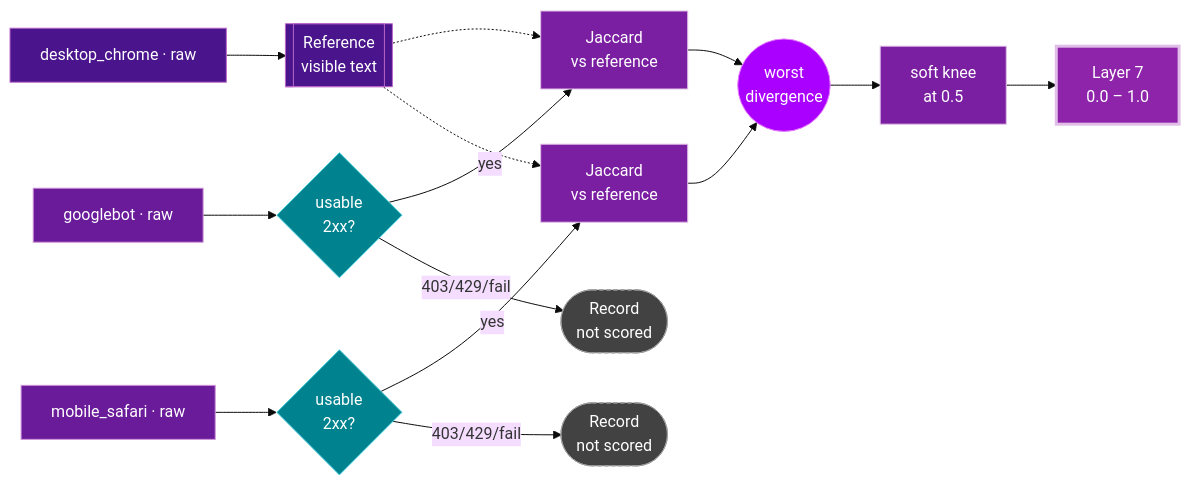
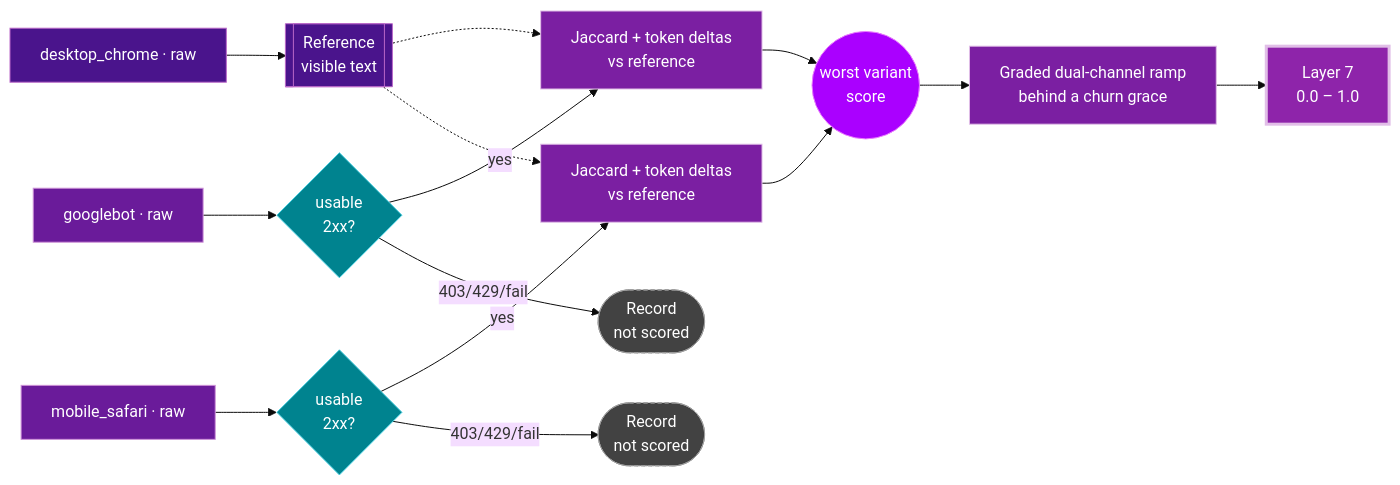
One commit to Ns81000/WARDRESS changed the diagram in docs/layers/7-cloaking.mdx. Above: the diagram before and after it, drawn with Mermaid (base theme). The commit also changed other lines of this file and 15 other files, not shown here.

````diff
--- a/docs/layers/7-cloaking.mdx
+++ b/docs/layers/7-cloaking.mdx
@@ -25,23 +25,23 @@
 ```mermaid
 flowchart LR
     REF["desktop_chrome · raw"]:::ref --> RT[["Reference<br/>visible text"]]:::ref
     GB["googlebot · raw"]:::ua --> C1{"usable<br/>2xx?"}:::gate
     MS["mobile_safari · raw"]:::ua --> C2{"usable<br/>2xx?"}:::gate
-    C1 -->|"yes"| J1["Jaccard<br/>vs reference"]:::node
-    C2 -->|"yes"| J2["Jaccard<br/>vs reference"]:::node
+    C1 -->|"yes"| J1["Jaccard + token deltas<br/>vs reference"]:::node
+    C2 -->|"yes"| J2["Jaccard + token deltas<br/>vs reference"]:::node
     C1 -->|"403/429/fail"| SKIP1(["Record<br/>not scored"]):::skip
     C2 -->|"403/429/fail"| SKIP2(["Record<br/>not scored"]):::skip
     RT -.-> J1
     RT -.-> J2
-    J1 & J2 --> WD(("worst<br/>divergence")):::pick
-    WD --> SK["soft knee<br/>at 0.5"]:::node
-    SK --> OUT["Layer 7<br/>0.0 – 1.0"]:::out
+    J1 & J2 --> WD(("worst variant<br/>score")):::pick
+    WD --> GR["Graded dual-channel ramp<br/>behind a churn grace"]:::node
+    GR --> OUT["Layer 7<br/>0.0 – 1.0"]:::out
 
     classDef ref fill:#4a148c,stroke:#ba68c8,color:#fff;
     classDef ua fill:#6a1b9a,stroke:#ce93d8,color:#fff;
     classDef gate fill:#00838f,stroke:#4dd0e1,color:#fff;
     classDef node fill:#7b1fa2,stroke:#e1bee7,color:#fff;
     classDef skip fill:#424242,stroke:#9e9e9e,color:#fff,stroke-dasharray:4 3;
     classDef pick fill:#aa00ff,stroke:#ea80fc,color:#fff;
     classDef out fill:#8e24aa,stroke:#e1bee7,color:#fff,stroke-width:3px;
 ```
````
